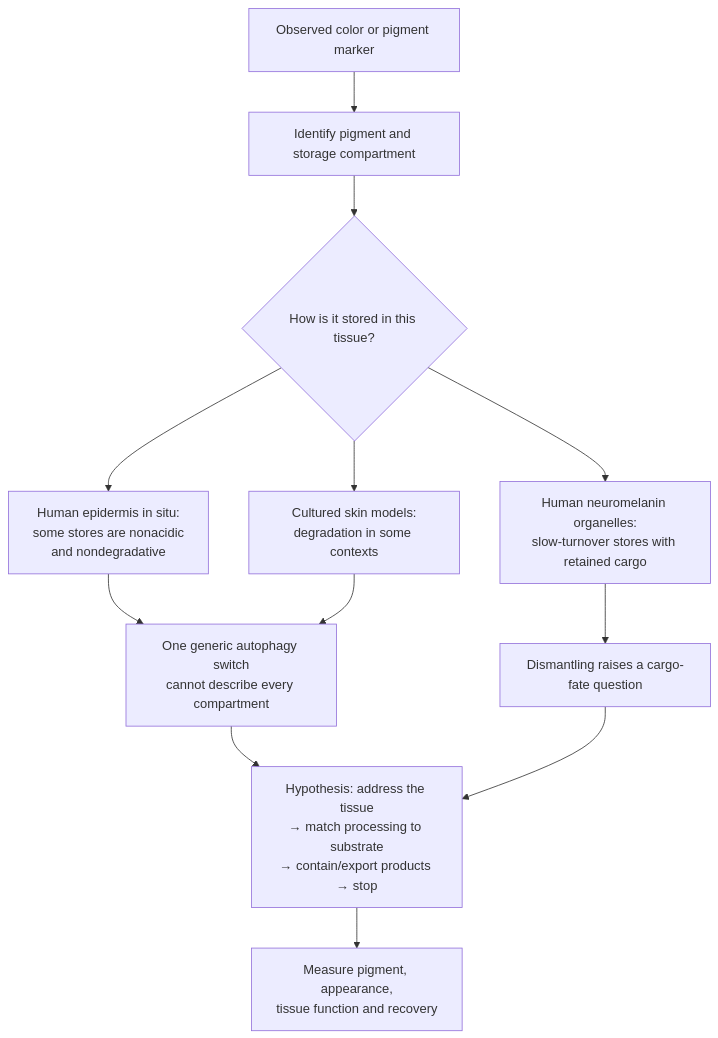
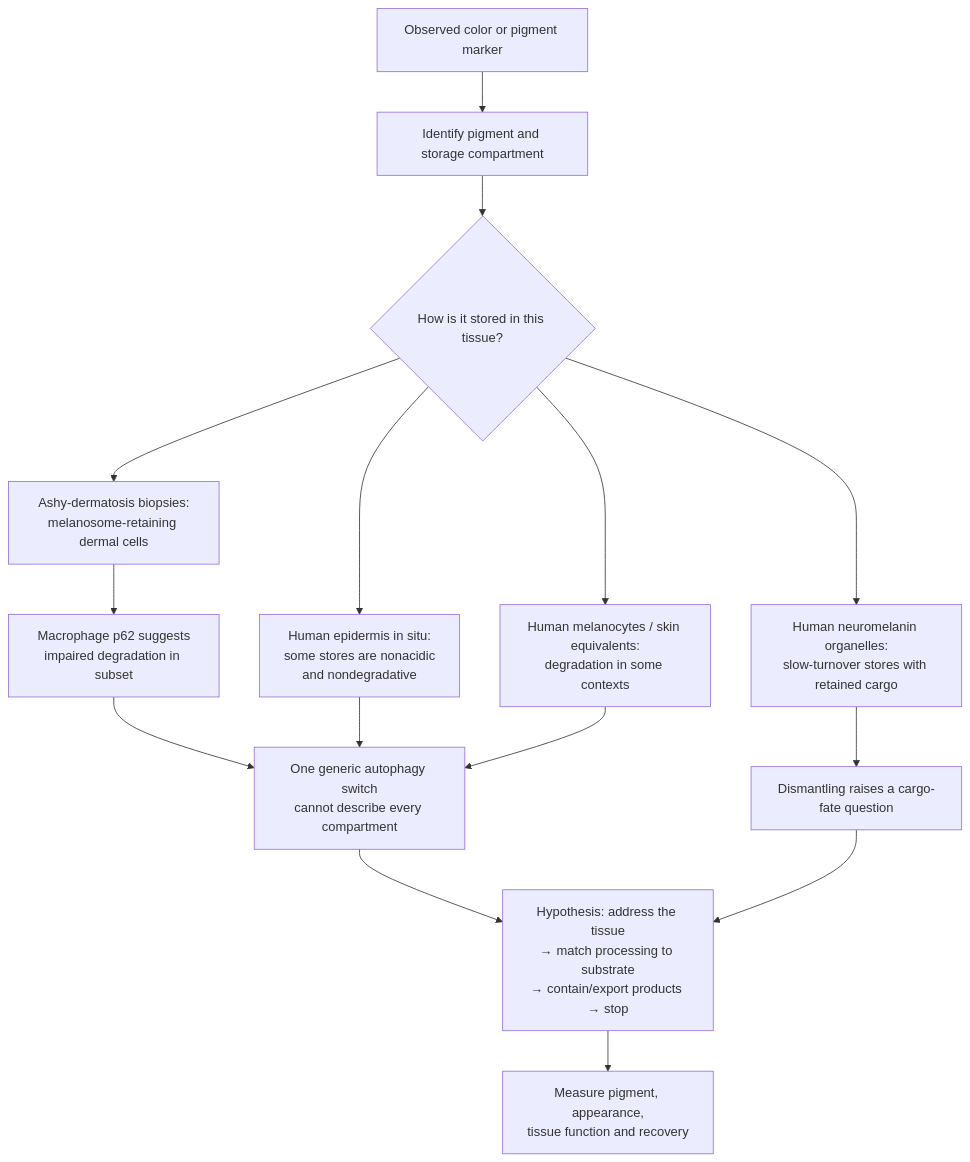
One commit to dylanstechmann/iris-color-without-contacts changed the fourth of 5 diagrams in research/selective-clearance-framework.md. Above: the diagram before and after it, drawn with Mermaid. The commit also changed other lines of this file, not shown here.

Commit message:
Add dermal-cell storage evidence to framework

````diff
--- a/research/selective-clearance-framework.md
+++ b/research/selective-clearance-framework.md
@@ -103,14 +103,17 @@
 ```mermaid
 flowchart TD
     P["Observed color or pigment marker"] --> A["Identify pigment and storage compartment"]
     A --> B{"How is it stored in this tissue?"}
     B --> C["Human epidermis in situ:<br/>some stores are nonacidic<br/>and nondegradative"]
-    B --> D["Cultured skin models:<br/>degradation in some contexts"]
+    B --> D["Human melanocytes / skin equivalents:<br/>degradation in some contexts"]
+    B --> J["Ashy-dermatosis biopsies:<br/>melanosome-retaining dermal cells"]
+    J --> K["Macrophage p62 suggests<br/>impaired degradation in subset"]
+    K --> F
     B --> E["Human neuromelanin organelles:<br/>slow-turnover stores with retained cargo"]
     C --> F["One generic autophagy switch<br/>cannot describe every compartment"]
     D --> F
     E --> G["Dismantling raises a cargo-fate question"]
     F --> H["Hypothesis: address the tissue<br/>→ match processing to substrate<br/>→ contain/export products → stop"]
     G --> H
     H --> I["Measure pigment, appearance,<br/>tissue function and recovery"]
 ```
````
